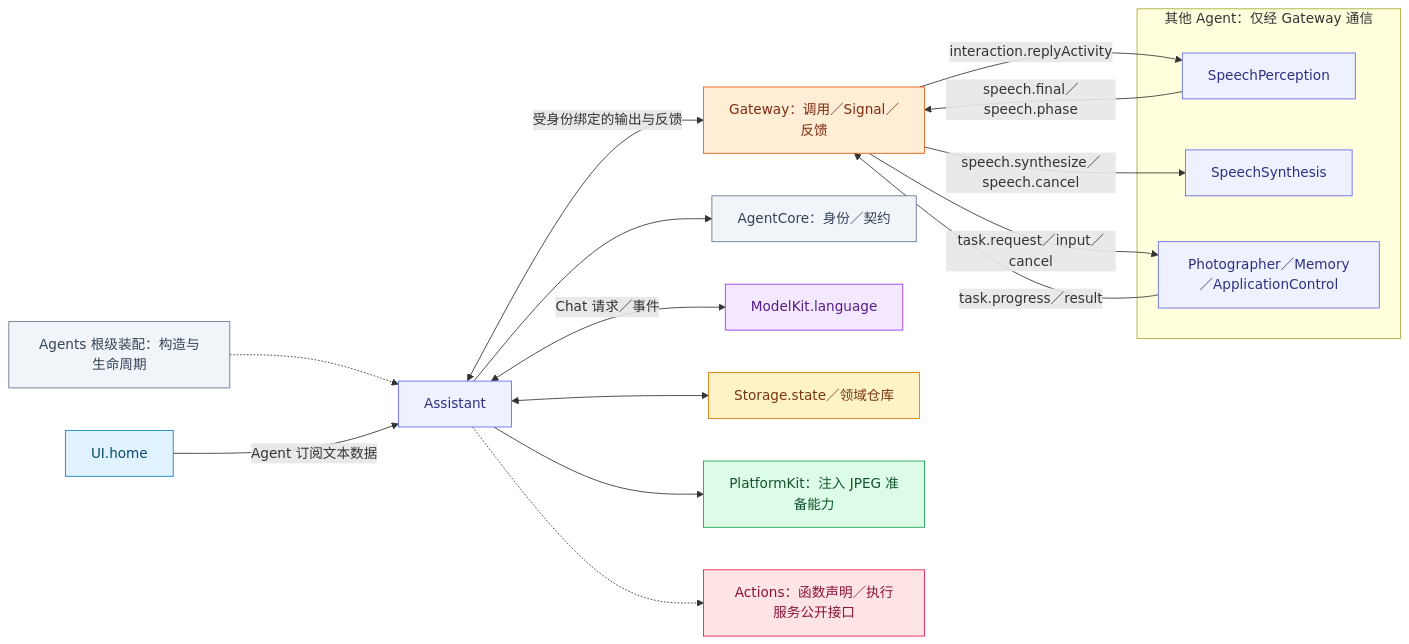
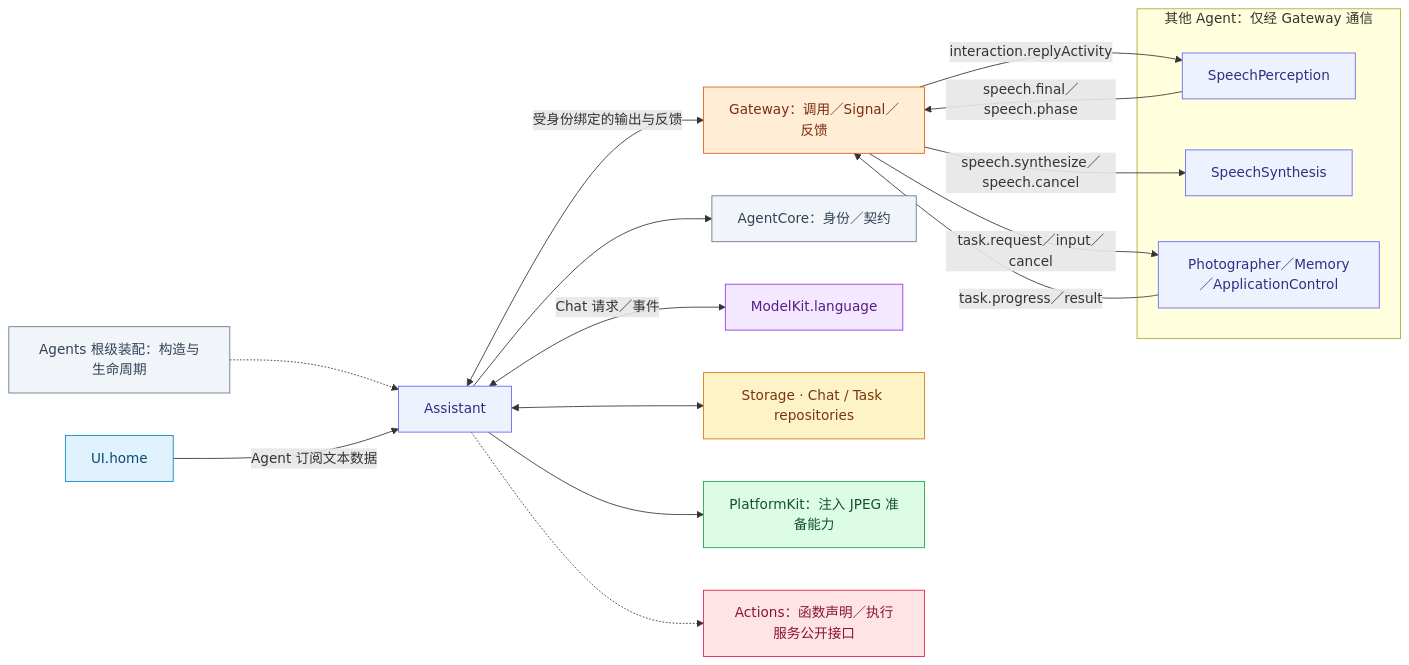
The first of 3 diagrams in MobileHarness/Agents/Assistant/README.md (devilyouwei/MobileHarness), drawn with Mermaid before and after one commit. The commit also changed other lines of this file and 352 other files, not shown here.

````diff
--- a/MobileHarness/Agents/Assistant/README.md
+++ b/MobileHarness/Agents/Assistant/README.md
@@ -33,39 +33,39 @@
 ```mermaid
 flowchart LR
  A["Assistant"]:::agent
  G["Gateway：调用／Signal／反馈"]:::gateway
  C["AgentCore：身份／契约"]:::host
  H["Agents 根级装配：构造与生命周期"]:::host
  H -.-> A
  A --> C
  A <-->|"受身份绑定的输出与反馈"| G
  U["UI.home"]:::ui
  U -->|"Agent 订阅文本数据"| A
  M["ModelKit.language"]:::model
  A <-->|"Chat 请求／事件"| M
- S["Storage.state／领域仓库"]:::storage
+ S["Storage · Chat / Task repositories"]:::storage
  A <--> S
  P["PlatformKit：注入 JPEG 准备能力"]:::platform
  A --> P
  X["Actions：函数声明／执行服务公开接口"]:::action
  A -.-> X
  subgraph Peers["其他 Agent：仅经 Gateway 通信"]
  SP["SpeechPerception"]:::agent
  SS["SpeechSynthesis"]:::agent
  Fixed["Photographer／Memory／ApplicationControl"]:::agent
  end
  SP -->|"speech.final／speech.phase"| G
  G -->|"interaction.replyActivity"| SP
  G -->|"speech.synthesize／speech.cancel"| SS
  G -->|"task.request／input／cancel"| Fixed
  Fixed -->|"task.progress／result"| G
 
  classDef ui fill:#e0f2fe,stroke:#0284c7,color:#0c4a6e
  classDef platform fill:#dcfce7,stroke:#16a34a,color:#14532d
  classDef model fill:#f3e8ff,stroke:#9333ea,color:#581c87
  classDef storage fill:#fef3c7,stroke:#d97706,color:#78350f
  classDef agent fill:#eef2ff,stroke:#6366f1,color:#312e81
  classDef gateway fill:#ffedd5,stroke:#ea580c,color:#7c2d12
  classDef action fill:#ffe4e6,stroke:#e11d48,color:#881337
  classDef host fill:#f1f5f9,stroke:#64748b,color:#334155
 ```
````
